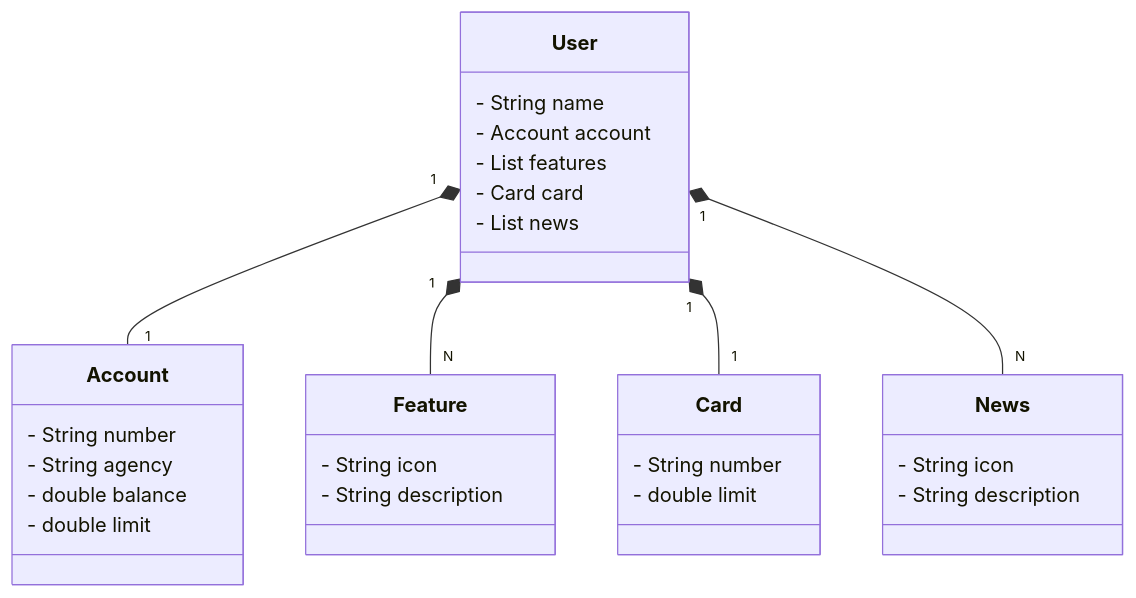
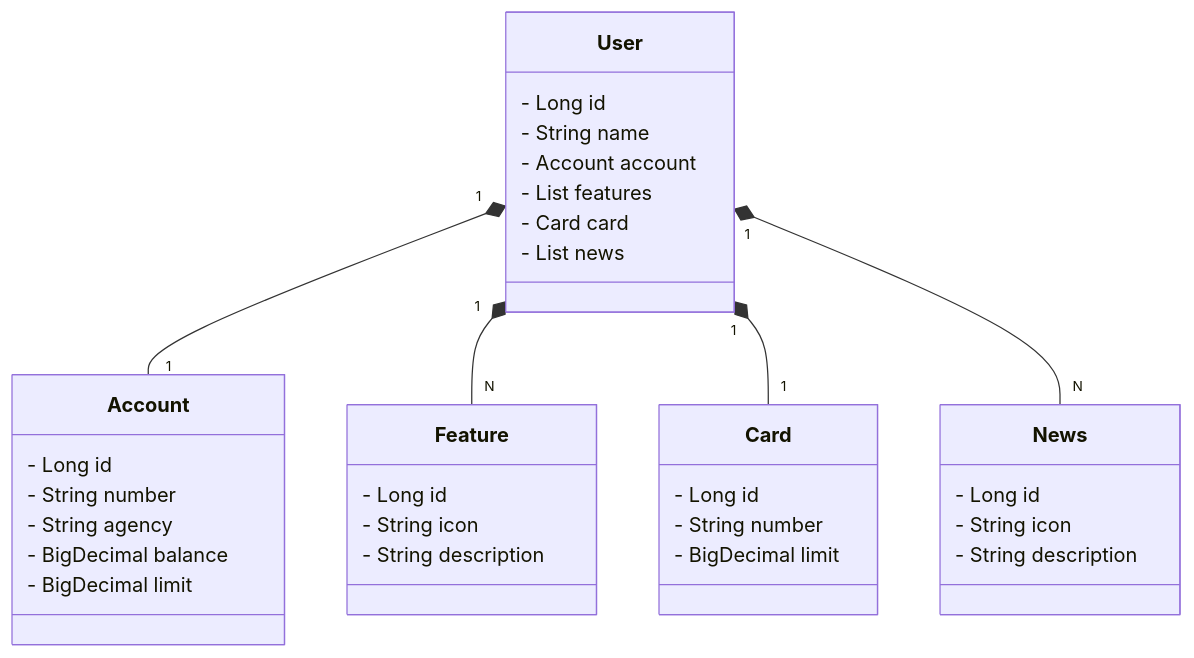
One commit to MaikoDuarte/Santander-dev-week-2023 changed the diagram in README.md. Above: the diagram before and after it, drawn with Mermaid. The commit also changed other lines of this file, not shown here.

````diff
--- a/README.md
+++ b/README.md
@@ -6,37 +6,42 @@
 ```mermaid
 classDiagram
     class User {
+        - Long id
         - String name
         - Account account
         - List<Feature> features
         - Card card
         - List<News> news
     }
     
     class Account {
+        - Long id
         - String number
         - String agency
-        - double balance
-        - double limit
+        - BigDecimal balance
+        - BigDecimal limit
     }
     
     class Feature {
+        - Long id
         - String icon
         - String description
     }
     
     class Card {
+        - Long id
         - String number
-        - double limit
+        - BigDecimal limit
     }
     
     class News {
+        - Long id
         - String icon
         - String description
     }
 
     User "1" *-- "1" Account
     User "1" *-- "N" Feature
     User "1" *-- "1" Card
     User "1" *-- "N" News
 ```
````
